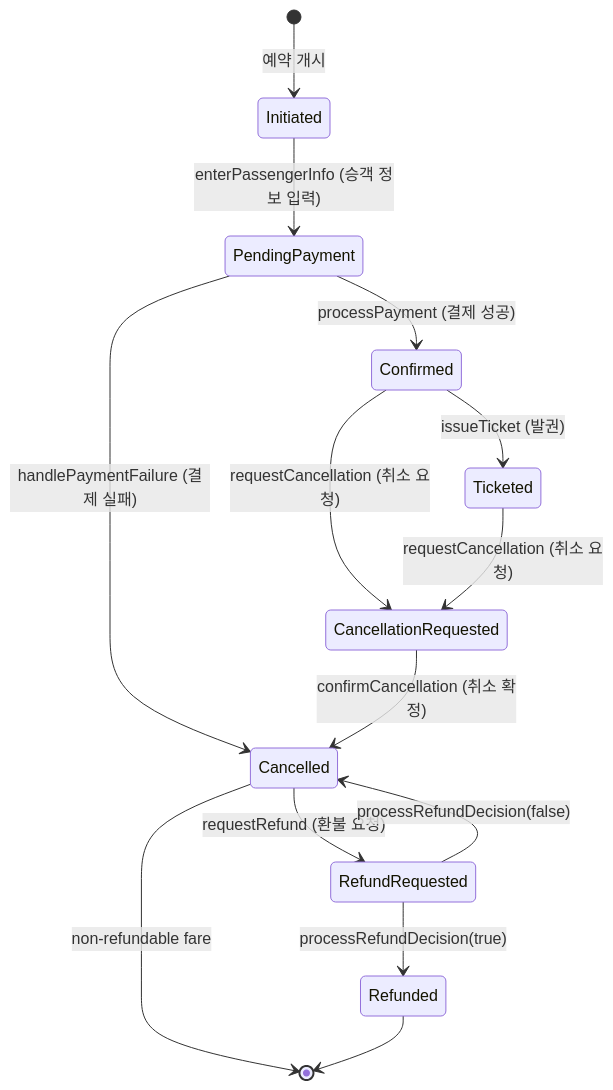
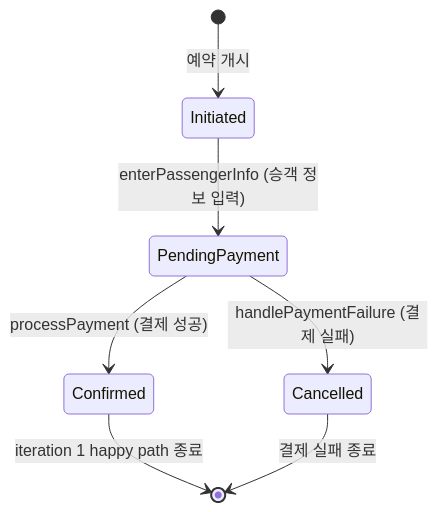
Before and after one commit to HANDONGLJH/KoreanAirReservationDomain: the seventh of 7 diagrams in docs/proposal-0/proposal-0-feature-inventory-ko.md, drawn with Mermaid. The commit also changed other lines of this file, not shown here.

Commit message:
docs(proposal-0/ko): scope UML diagrams to iteration 1

````diff
--- a/docs/proposal-0/proposal-0-feature-inventory-ko.md
+++ b/docs/proposal-0/proposal-0-feature-inventory-ko.md
@@ -747,16 +547,9 @@
 ```mermaid
 stateDiagram-v2
     [*] --> Initiated : 예약 개시
     Initiated --> PendingPayment : enterPassengerInfo (승객 정보 입력)
     PendingPayment --> Confirmed : processPayment (결제 성공)
     PendingPayment --> Cancelled : handlePaymentFailure (결제 실패)
-    Confirmed --> Ticketed : issueTicket (발권)
-    Confirmed --> CancellationRequested : requestCancellation (취소 요청)
-    Ticketed --> CancellationRequested : requestCancellation (취소 요청)
-    CancellationRequested --> Cancelled : confirmCancellation (취소 확정)
-    Cancelled --> RefundRequested : requestRefund (환불 요청)
-    Cancelled --> [*] : non-refundable fare
-    RefundRequested --> Refunded : processRefundDecision(true)
-    RefundRequested --> Cancelled : processRefundDecision(false)
-    Refunded --> [*]
+    Confirmed --> [*] : iteration 1 happy path 종료
+    Cancelled --> [*] : 결제 실패 종료
 ```
````
